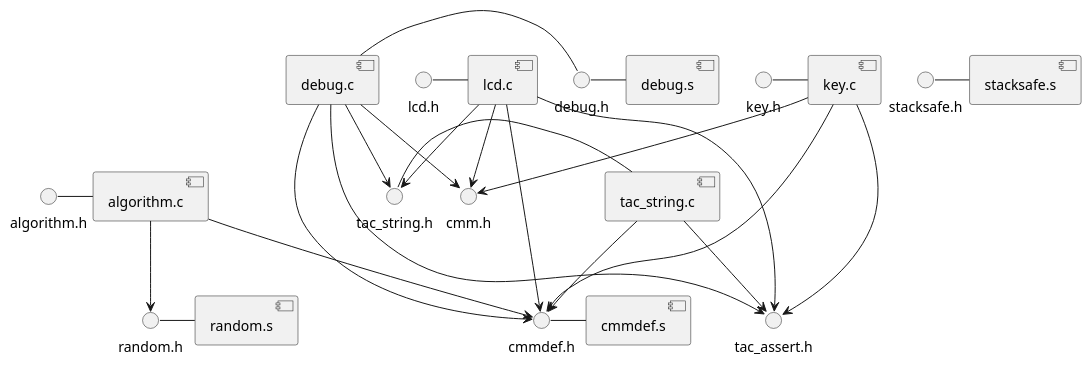
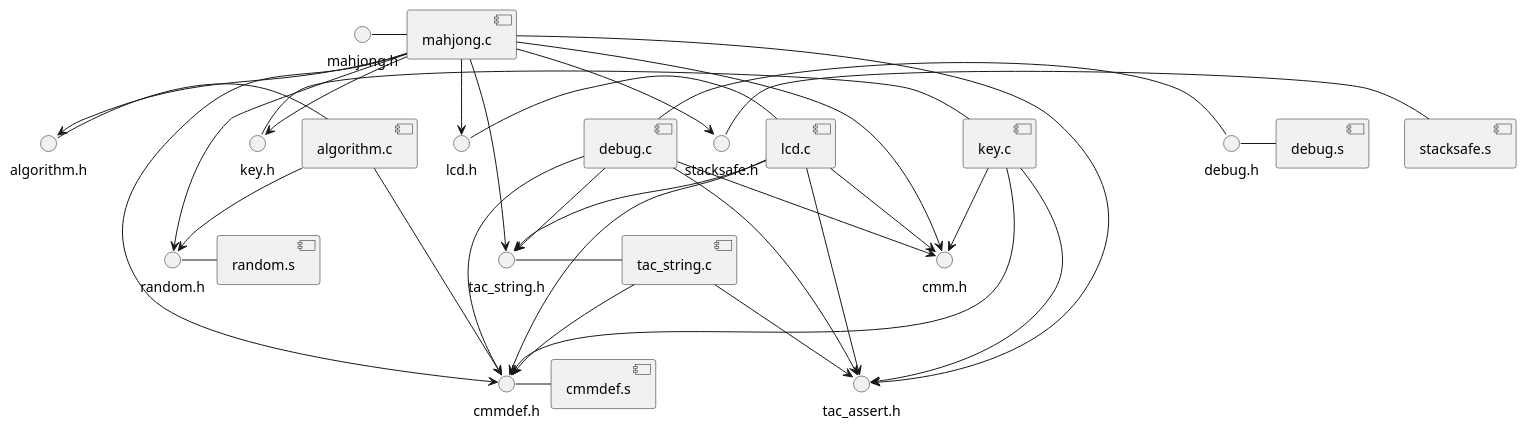
One commit to PCSE2026G1/TacOS changed the diagram in os/app/doc/files.pu. Above: the diagram before and after it, drawn with PlantUML. The commit also changed 1 other file, not shown here.

```diff
--- a/os/app/doc/files.pu
+++ b/os/app/doc/files.pu
@@ -1,53 +1,66 @@
 @startuml
 () "algorithm.h" as algorithm_h
 () "cmm.h" as cmm_h
 () "cmmdef.h" as cmmdef_h
 () "debug.h" as debug_h
 () "key.h" as key_h
 () "lcd.h" as lcd_h
+() "mahjong.h" as mahjong_h
 () "random.h" as random_h
 () "stacksafe.h" as stacksafe_h
 () "tac_assert.h" as tac_assert_h
 () "tac_string.h" as tac_string_h
 [algorithm.c] as algorithm_c
 [cmmdef.s] as cmmdef_s
 [debug.c] as debug_c
 [debug.s] as debug_s
 [key.c] as key_c
 [lcd.c] as lcd_c
+[mahjong.c] as mahjong_c
 [random.s] as random_s
 [stacksafe.s] as stacksafe_s
 [tac_string.c] as tac_string_c
 
 algorithm_h - algorithm_c
 algorithm_c --> cmmdef_h
 algorithm_c --> random_h
 
 cmmdef_h - cmmdef_s
 
 debug_h - debug_c
 debug_h - debug_s
 debug_c --> cmmdef_h
 debug_c --> cmm_h
 debug_c --> tac_assert_h
 debug_c --> tac_string_h
 
 key_h - key_c
 key_c --> cmmdef_h
 key_c --> cmm_h
 key_c --> tac_assert_h
 
 lcd_h - lcd_c
 lcd_c --> cmmdef_h
 lcd_c --> cmm_h
 lcd_c --> tac_assert_h
 lcd_c --> tac_string_h
 
+mahjong_h - mahjong_c
+mahjong_c --> cmmdef_h
+mahjong_c --> cmm_h
+mahjong_c --> tac_assert_h
+mahjong_c --> algorithm_h
+mahjong_c --> tac_string_h
+mahjong_c --> key_h
+mahjong_c --> lcd_h
+mahjong_c --> random_h
+mahjong_c --> stacksafe_h
+
 random_h - random_s
 
 stacksafe_h - stacksafe_s
 
 tac_string_h - tac_string_c
 tac_string_c --> cmmdef_h
 tac_string_c --> tac_assert_h
 @enduml
```
